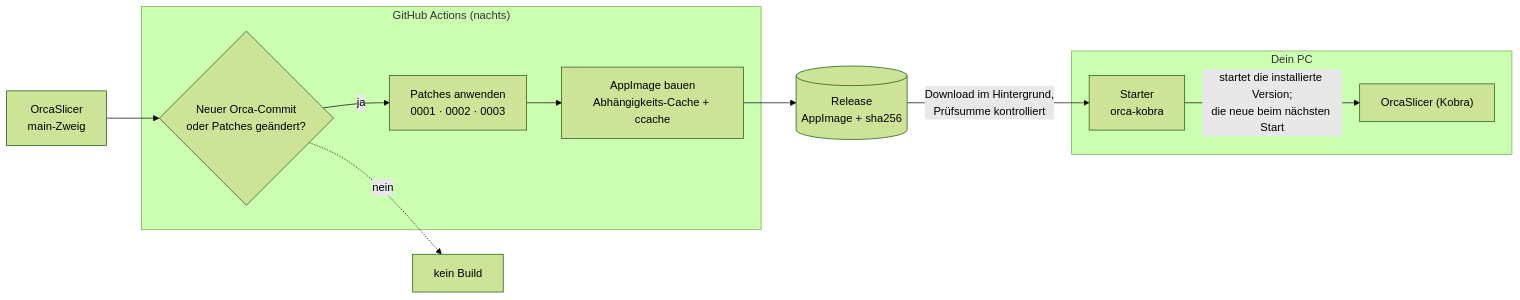
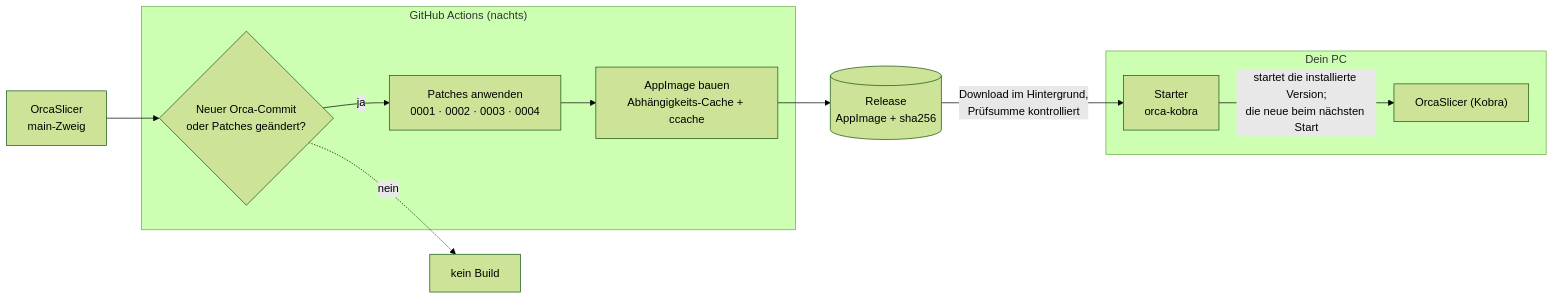
One commit to xNoVoSx/orca-kobra changed the diagram in README.de.md. Above: the diagram before and after it, drawn with Mermaid (forest theme). The commit also changed other lines of this file and 7 other files, not shown here.

````diff
--- a/README.de.md
+++ b/README.de.md
@@ -37,20 +38,20 @@
 ```mermaid
 flowchart LR
     UP[OrcaSlicer<br/>main-Zweig]
     subgraph GH["GitHub Actions (nachts)"]
         CK{Neuer Orca-Commit<br/>oder Patches geändert?}
-        AP[Patches anwenden<br/>0001 · 0002 · 0003]
+        AP[Patches anwenden<br/>0001 · 0002 · 0003 · 0004]
         BU[AppImage bauen<br/>Abhängigkeits-Cache + ccache]
     end
     RE[(Release<br/>AppImage + sha256)]
     subgraph PC["Dein PC"]
         LA[Starter<br/>orca-kobra]
         OR["OrcaSlicer (Kobra)"]
     end
 
     UP --> CK
     CK -- ja --> AP --> BU --> RE
     CK -. nein .-> SK[kein Build]
     RE -- "Download im Hintergrund,<br/>Prüfsumme kontrolliert" --> LA
     LA -- "startet die installierte Version;<br/>die neue beim nächsten Start" --> OR
 ```
````
